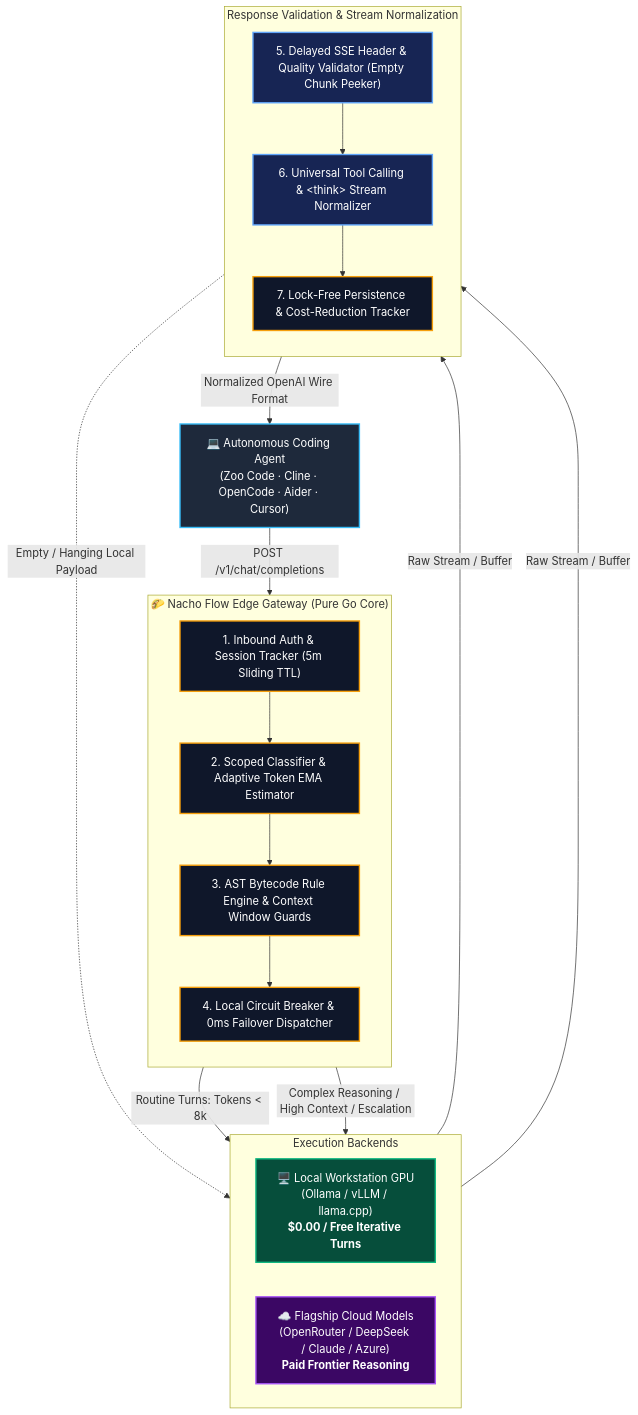
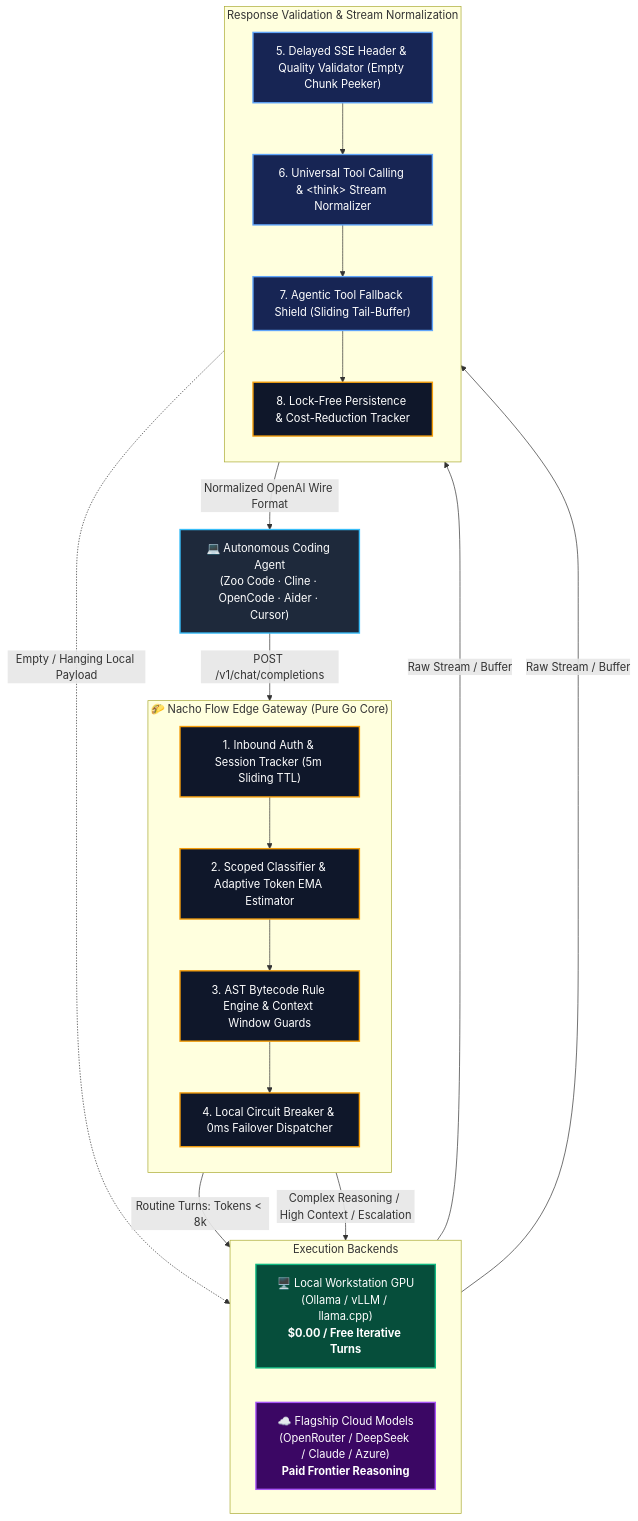
The first of 2 diagrams in docs/ARCHITECTURE.md (dixieflatline76/nacho-flow), drawn with Mermaid before and after one commit. The commit also changed other lines of this file and 47 other files, not shown here.

````diff
--- a/docs/ARCHITECTURE.md
+++ b/docs/ARCHITECTURE.md
@@ -9,45 +9,46 @@
 ```mermaid
 flowchart TD
     classDef client fill:#1e293b,stroke:#38bdf8,stroke-width:2px,color:#fff;
     classDef core fill:#0f172a,stroke:#f59e0b,stroke-width:2px,color:#fff;
     classDef local fill:#064e3b,stroke:#10b981,stroke-width:2px,color:#fff;
     classDef cloud fill:#3b0764,stroke:#a855f7,stroke-width:2px,color:#fff;
     classDef tool fill:#172554,stroke:#60a5fa,stroke-width:2px,color:#fff;
 
     Client["💻 Autonomous Coding Agent<br/>(Zoo Code · Cline · OpenCode · Aider · Cursor)"]:::client
 
     subgraph NachoGateway ["🌮 Nacho Flow Edge Gateway (Pure Go Core)"]
         direction TB
         Auth["1. Inbound Auth & Session Tracker (5m Sliding TTL)"]:::core
         Classifier["2. Scoped Classifier & Adaptive Token EMA Estimator"]:::core
         Evaluator["3. AST Bytecode Rule Engine & Context Window Guards"]:::core
         CircuitBreaker["4. Local Circuit Breaker & 0ms Failover Dispatcher"]:::core
         
         Auth --> Classifier --> Evaluator --> CircuitBreaker
     end
 
     subgraph Endpoints ["Execution Backends"]
         direction LR
         LocalGPU["🖥️ Local Workstation GPU<br/>(Ollama / vLLM / llama.cpp)<br/><b>$0.00 / Free Iterative Turns</b>"]:::local
         CloudAPI["☁️ Flagship Cloud Models<br/>(OpenRouter / DeepSeek / Claude / Azure)<br/><b>Paid Frontier Reasoning</b>"]:::cloud
     end
 
     subgraph ProcessingStack ["Response Validation & Stream Normalization"]
         direction TB
         DelayedHeader["5. Delayed SSE Header & Quality Validator (Empty Chunk Peeker)"]:::tool
         ToolNormalizer["6. Universal Tool Calling & &lt;think&gt; Stream Normalizer"]:::tool
-        Telemetry["7. Lock-Free Persistence & Cost-Reduction Tracker"]:::core
+        Shield["7. Agentic Tool Fallback Shield (Sliding Tail-Buffer)"]:::tool
+        Telemetry["8. Lock-Free Persistence & Cost-Reduction Tracker"]:::core
 
-        DelayedHeader --> ToolNormalizer --> Telemetry
+        DelayedHeader --> ToolNormalizer --> Shield --> Telemetry
     end
 
     Client -->|POST /v1/chat/completions| Auth
     CircuitBreaker -->|Routine Turns: Tokens < 8k| LocalGPU
     CircuitBreaker -->|Complex Reasoning / High Context / Escalation| CloudAPI
 
     LocalGPU -->|Raw Stream / Buffer| DelayedHeader
     CloudAPI -->|Raw Stream / Buffer| DelayedHeader
 
     DelayedHeader -.->|Empty / Hanging Local Payload| CloudAPI
     Telemetry -->|Normalized OpenAI Wire Format| Client
 ```
````
